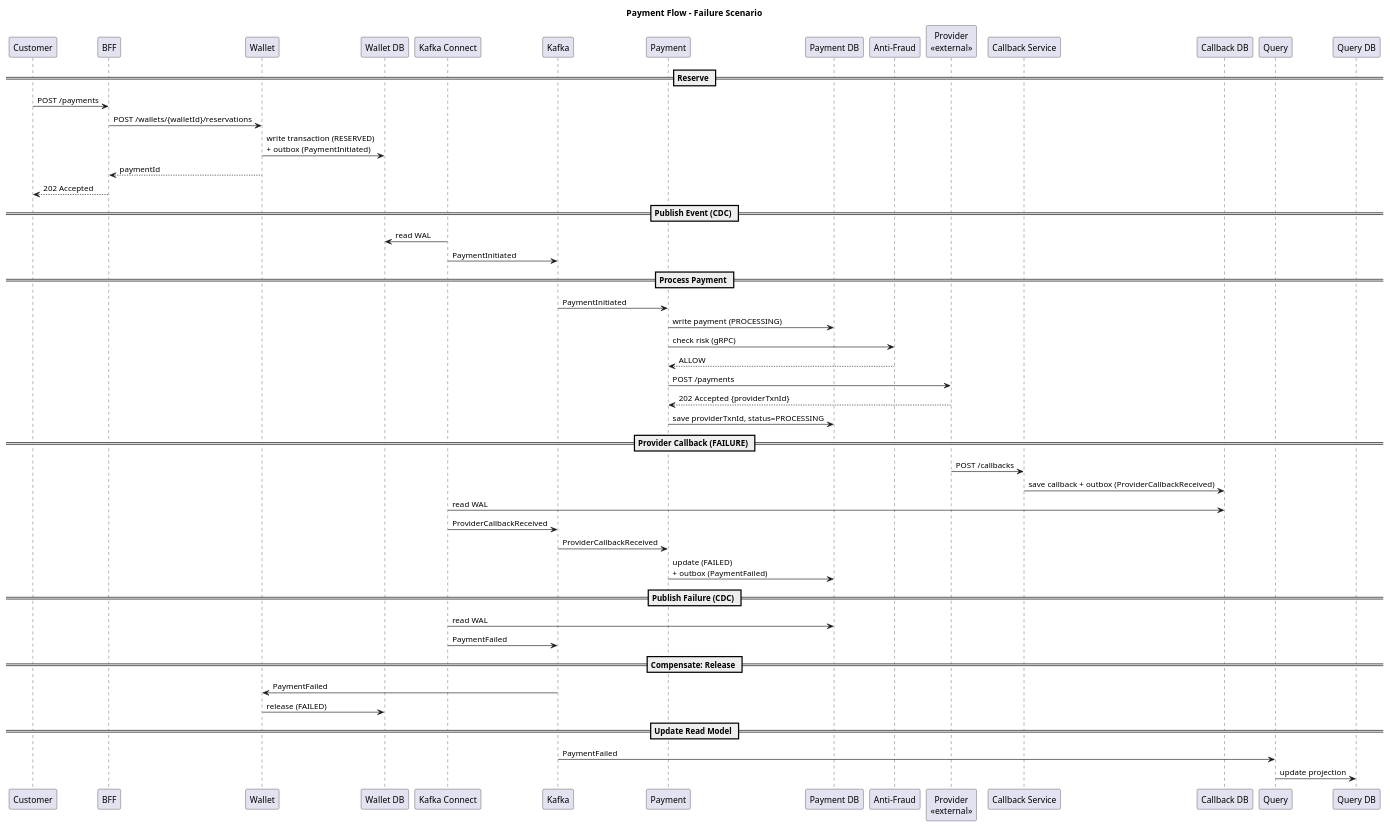
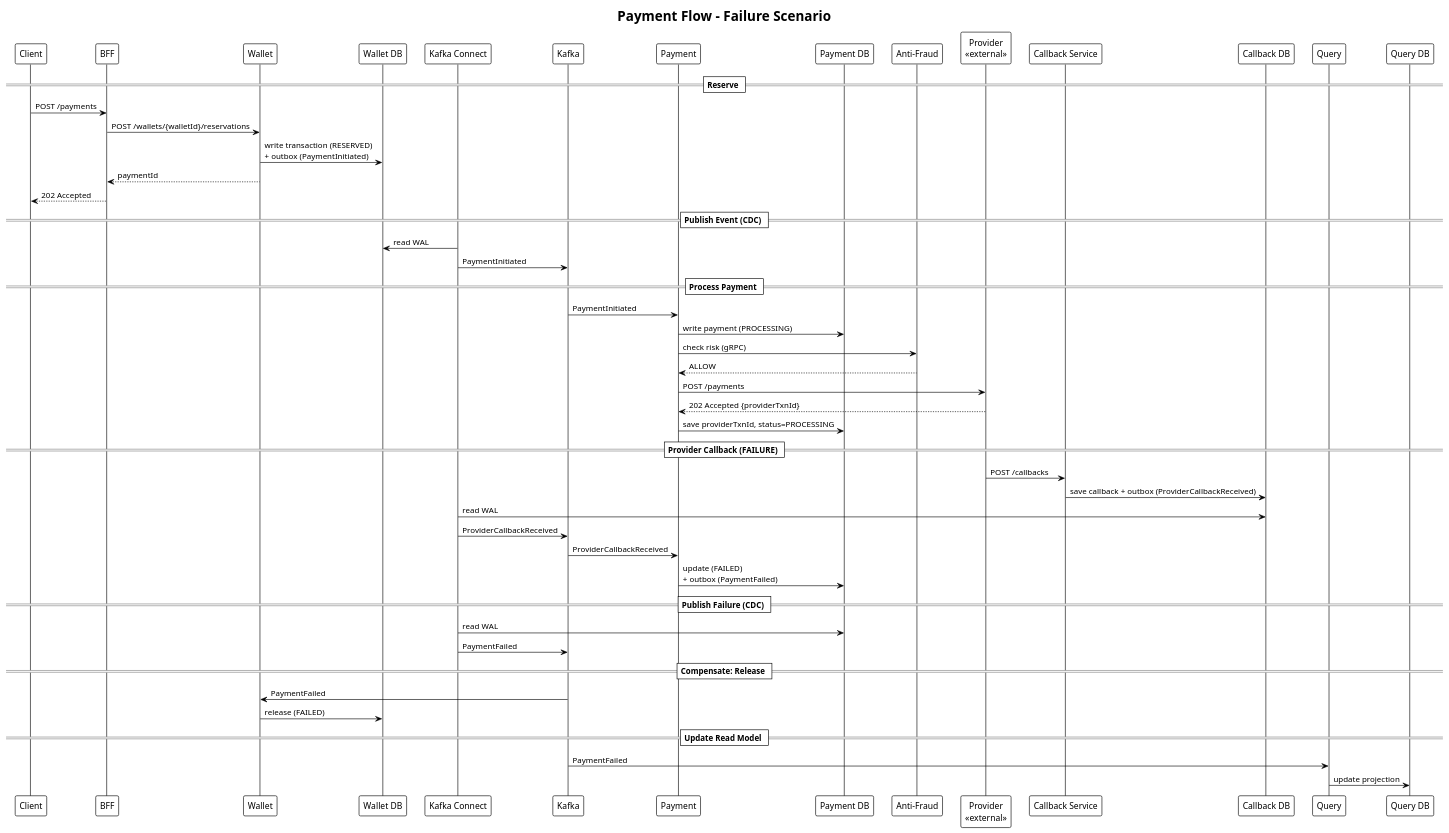
Before and after one commit to krsvyat/system-design: the diagram in diagrams/seq/seq-failure.puml, drawn with PlantUML. The commit also changed 46 other files, not shown here.

```diff
--- a/diagrams/seq/seq-failure.puml
+++ b/diagrams/seq/seq-failure.puml
@@ -1,66 +1,68 @@
 @startuml seq-failure
+!theme plain
+
 title Payment Flow - Failure Scenario
 
-participant Customer
+participant "Client" as Customer
 participant BFF
 participant Wallet
 participant "Wallet DB" as WalletDB
 participant "Kafka Connect" as KC
 participant Kafka
 participant Payment
 participant "Payment DB" as PaymentDB
 participant "Anti-Fraud" as AntiFraud
 participant "Provider\n<<external>>" as Provider
 participant "Callback Service" as Callback
 participant "Callback DB" as CallbackDB
 participant Query
 participant "Query DB" as QueryDB
 
 == Reserve ==
 
 Customer -> BFF: POST /payments
 BFF -> Wallet: POST /wallets/{walletId}/reservations
 Wallet -> WalletDB: write transaction (RESERVED)\n+ outbox (PaymentInitiated)
 Wallet --> BFF: paymentId
 BFF --> Customer: 202 Accepted
 
 == Publish Event (CDC) ==
 
 KC -> WalletDB: read WAL
 KC -> Kafka: PaymentInitiated
 
 == Process Payment ==
 
 Kafka -> Payment: PaymentInitiated
 Payment -> PaymentDB: write payment (PROCESSING)
 Payment -> AntiFraud: check risk (gRPC)
 AntiFraud --> Payment: ALLOW
 Payment -> Provider: POST /payments
 Provider --> Payment: 202 Accepted {providerTxnId}
 Payment -> PaymentDB: save providerTxnId, status=PROCESSING
 
 == Provider Callback (FAILURE) ==
 
 Provider -> Callback: POST /callbacks
 Callback -> CallbackDB: save callback + outbox (ProviderCallbackReceived)
 KC -> CallbackDB: read WAL
 KC -> Kafka: ProviderCallbackReceived
 Kafka -> Payment: ProviderCallbackReceived
 Payment -> PaymentDB: update (FAILED)\n+ outbox (PaymentFailed)
 
 == Publish Failure (CDC) ==
 
 KC -> PaymentDB: read WAL
 KC -> Kafka: PaymentFailed
 
 == Compensate: Release ==
 
 Kafka -> Wallet: PaymentFailed
 Wallet -> WalletDB: release (FAILED)
 
 == Update Read Model ==
 
 Kafka -> Query: PaymentFailed
 Query -> QueryDB: update projection
 
 @enduml
```
